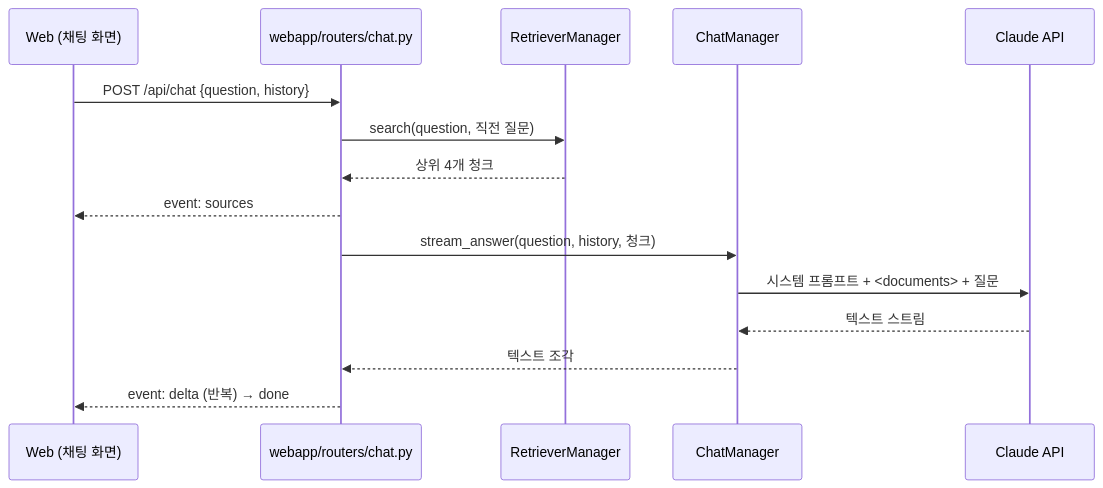
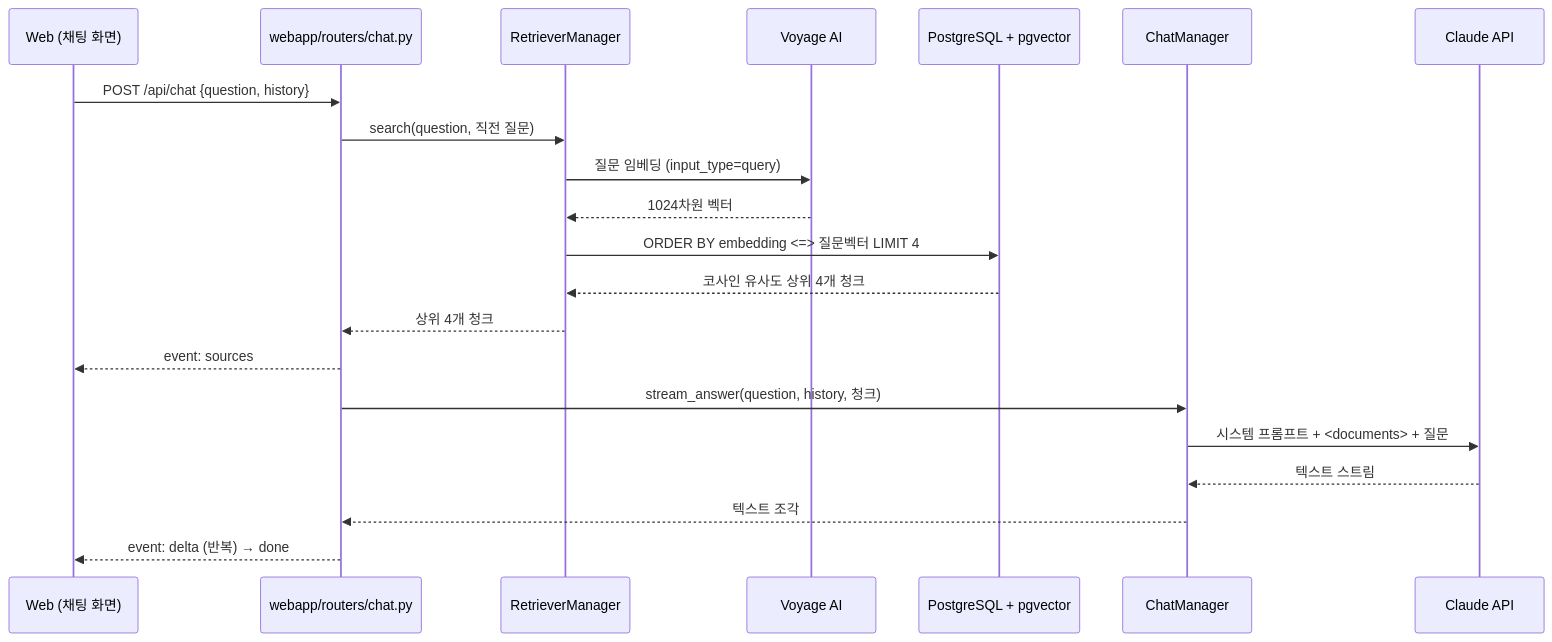
Before and after one commit to hseungjae/RAG-based-Portfolio: the diagram in docs/architecture.md, drawn with Mermaid. The commit also changed other lines of this file and 20 other files, not shown here.

Commit message:
feat: BM25를 pgvector + Voyage 임베딩 검색으로 교체

````diff
--- a/docs/architecture.md
+++ b/docs/architecture.md
@@ -5,18 +5,24 @@
 ```mermaid
 sequenceDiagram
     participant Web as Web (채팅 화면)
     participant Router as webapp/routers/chat.py
     participant Retriever as RetrieverManager
+    participant Voyage as Voyage AI
+    participant DB as PostgreSQL + pgvector
     participant Chat as ChatManager
     participant Claude as Claude API
 
     Web->>Router: POST /api/chat {question, history}
     Router->>Retriever: search(question, 직전 질문)
+    Retriever->>Voyage: 질문 임베딩 (input_type=query)
+    Voyage-->>Retriever: 1024차원 벡터
+    Retriever->>DB: ORDER BY embedding <=> 질문벡터 LIMIT 4
+    DB-->>Retriever: 코사인 유사도 상위 4개 청크
     Retriever-->>Router: 상위 4개 청크
     Router-->>Web: event: sources
     Router->>Chat: stream_answer(question, history, 청크)
     Chat->>Claude: 시스템 프롬프트 + <documents> + 질문
     Claude-->>Chat: 텍스트 스트림
     Chat-->>Router: 텍스트 조각
     Router-->>Web: event: delta (반복) → done
 ```
````
